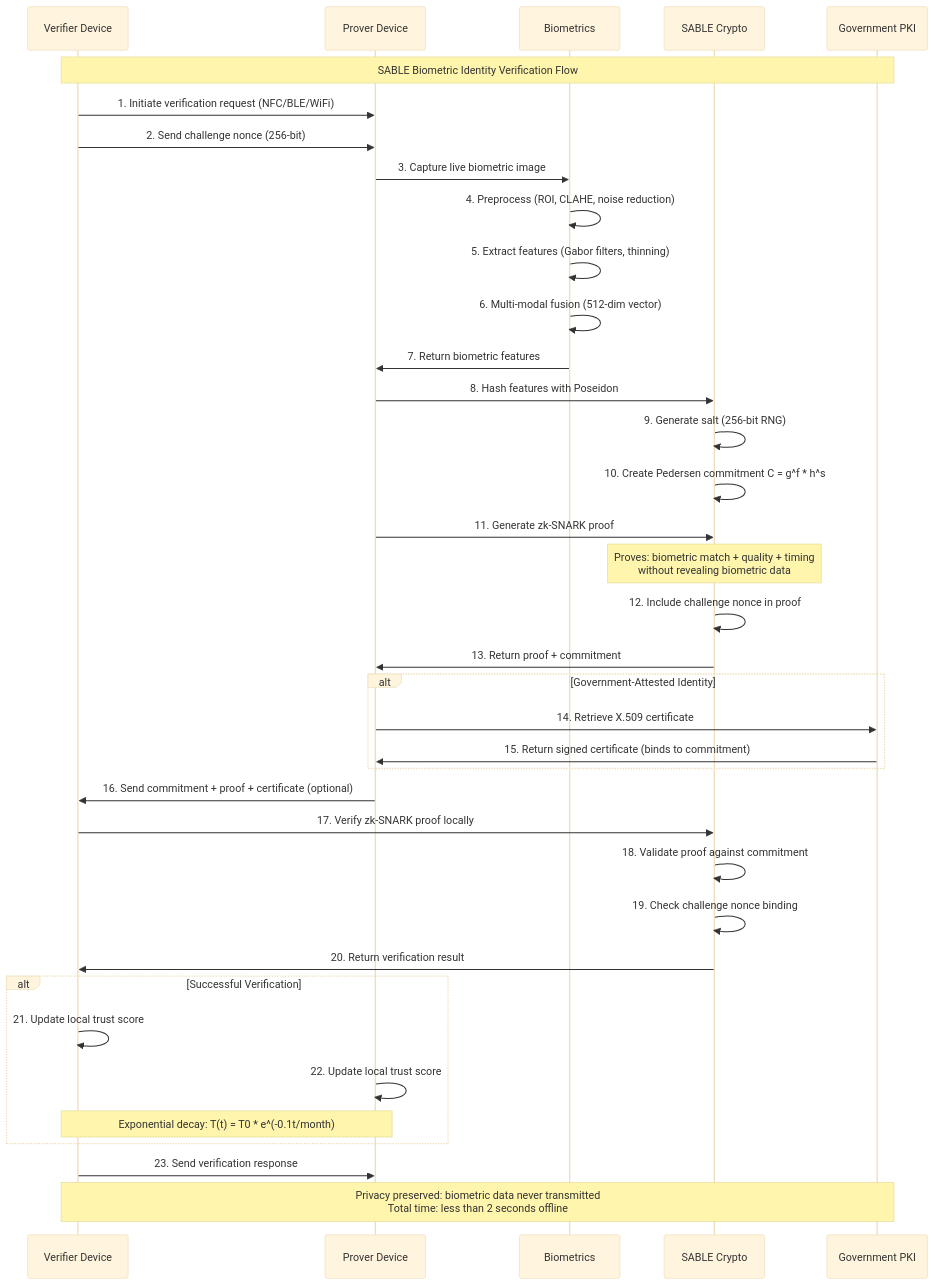
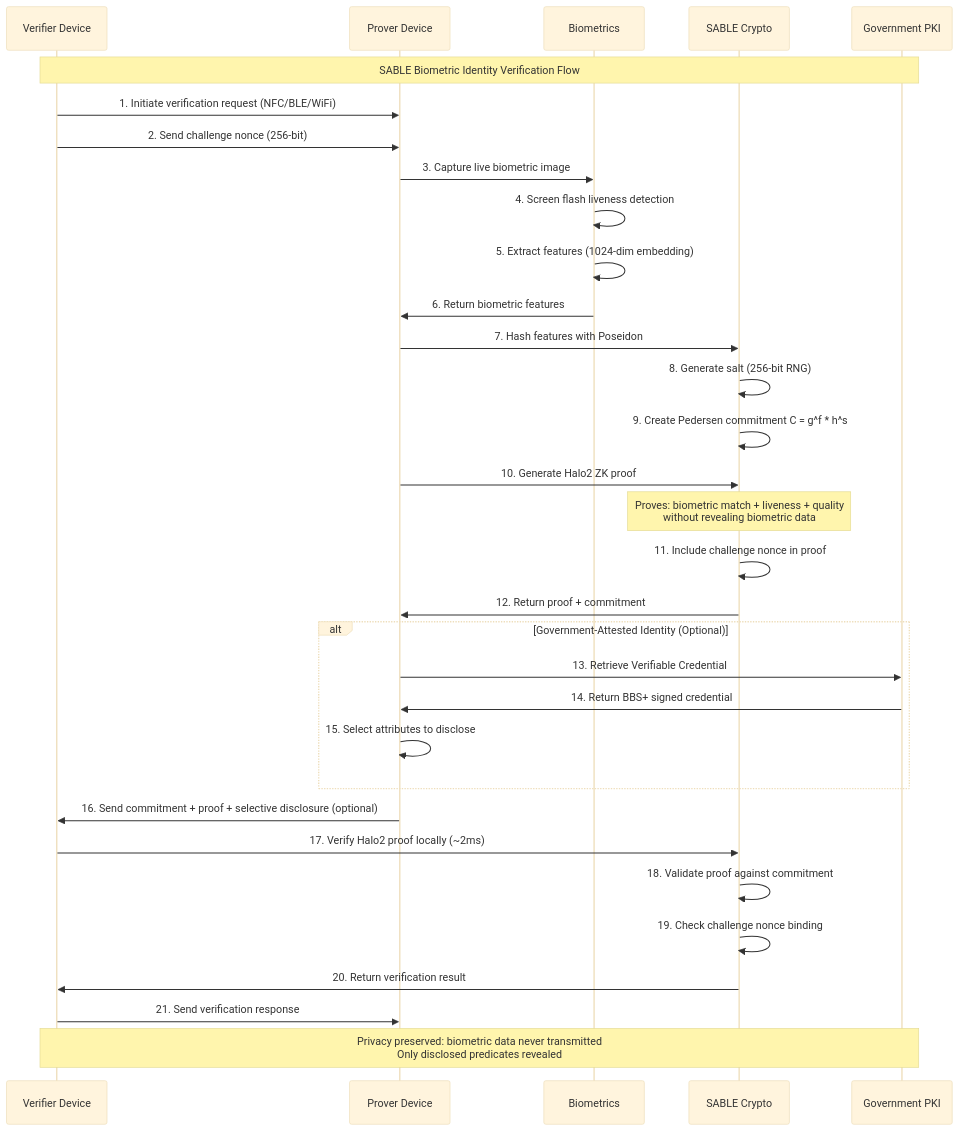
Before and after one commit to anuna-research/sable: the diagram in README.md, drawn with Mermaid (base theme). The commit also changed other lines of this file and 9 other files, not shown here.

First line of the commit message:
docs: rewrite README with selective disclosure, liveness, Halo2-only

````diff
--- a/README.md
+++ b/README.md
@@ -119,49 +176,43 @@
 ```mermaid
 sequenceDiagram
     participant V as Verifier Device
     participant P as Prover Device
     participant PB as Biometrics
     participant SC as SABLE Crypto
     participant PKI as Government PKI
 
     Note over V,PKI: SABLE Biometric Identity Verification Flow
 
     V->>P: 1. Initiate verification request (NFC/BLE/WiFi)
     V->>P: 2. Send challenge nonce (256-bit)
 
     P->>PB: 3. Capture live biometric image
-    PB->>PB: 4. Preprocess (ROI, CLAHE, noise reduction)
-    PB->>PB: 5. Extract features (Gabor filters, thinning)
-    PB->>PB: 6. Multi-modal fusion (512-dim vector)
-    PB->>P: 7. Return biometric features
+    PB->>PB: 4. Screen flash liveness detection
+    PB->>PB: 5. Extract features (1024-dim embedding)
+    PB->>P: 6. Return biometric features
 
-    P->>SC: 8. Hash features with Poseidon
-    SC->>SC: 9. Generate salt (256-bit RNG)
-    SC->>SC: 10. Create Pedersen commitment C = g^f * h^s
+    P->>SC: 7. Hash features with Poseidon
+    SC->>SC: 8. Generate salt (256-bit RNG)
+    SC->>SC: 9. Create Pedersen commitment C = g^f * h^s
 
-    P->>SC: 11. Generate zk-SNARK proof
-    Note over SC: Proves: biometric match + quality + timing<br/>without revealing biometric data
-    SC->>SC: 12. Include challenge nonce in proof
-    SC->>P: 13. Return proof + commitment
+    P->>SC: 10. Generate Halo2 ZK proof
+    Note over SC: Proves: biometric match + liveness + quality<br/>without revealing biometric data
+    SC->>SC: 11. Include challenge nonce in proof
+    SC->>P: 12. Return proof + commitment
 
-    alt Government-Attested Identity
-        P->>PKI: 14. Retrieve X.509 certificate
-        PKI->>P: 15. Return signed certificate (binds to commitment)
+    alt Government-Attested Identity (Optional)
+        P->>PKI: 13. Retrieve Verifiable Credential
+        PKI->>P: 14. Return BBS+ signed credential
+        P->>P: 15. Select attributes to disclose
     end
 
-    P->>V: 16. Send commitment + proof + certificate (optional)
-    V->>SC: 17. Verify zk-SNARK proof locally
+    P->>V: 16. Send commitment + proof + selective disclosure (optional)
+    V->>SC: 17. Verify Halo2 proof locally (~2ms)
     SC->>SC: 18. Validate proof against commitment
     SC->>SC: 19. Check challenge nonce binding
     SC->>V: 20. Return verification result
 
-    alt Successful Verification
-        V->>V: 21. Update local trust score
-        P->>P: 22. Update local trust score
-        Note over V,P: Exponential decay: T(t) = T0 * e^(-0.1t/month)
-    end
+    V->>P: 21. Send verification response
 
-    V->>P: 23. Send verification response
-
-    Note over V,PKI: Privacy preserved: biometric data never transmitted<br/>Total time: less than 2 seconds offline
+    Note over V,PKI: Privacy preserved: biometric data never transmitted<br/>Only disclosed predicates revealed
 ```
````
